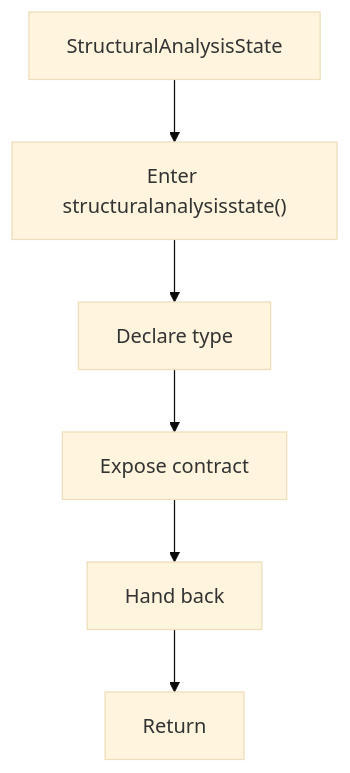
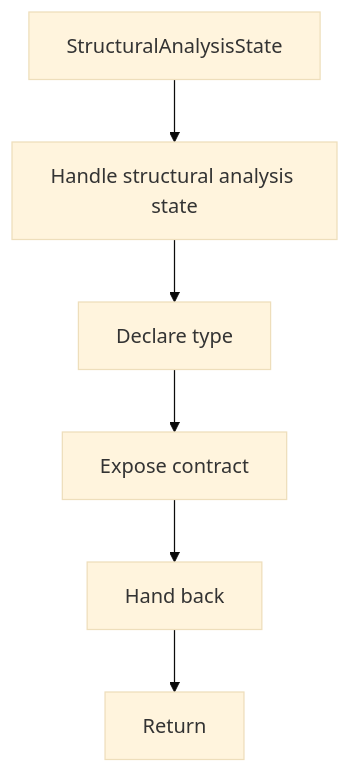
Before and after one commit to JohnAndrewBalbarosa/NeoTerritory: the fifth of 9 diagrams in docs/Codebase/Microservice/Modules/Header/SyntacticBrokenAST/Analysis/Lexical/lexical_structure_hooks.hpp.md, drawn with Mermaid (base theme). The commit also changed other lines of this file and 925 other files, not shown here.

````diff
--- a/docs/Codebase/Microservice/Modules/Header/SyntacticBrokenAST/Analysis/Lexical/lexical_structure_hooks.hpp.md
+++ b/docs/Codebase/Microservice/Modules/Header/SyntacticBrokenAST/Analysis/Lexical/lexical_structure_hooks.hpp.md
@@ -156,14 +155,14 @@
 ```mermaid
 flowchart TD
     Start["StructuralAnalysisState"]
-    N0["Enter structuralanalysisstate()"]
+    N0["Handle structural analysis state"]
     N1["Declare type"]
     N2["Expose contract"]
     N3["Hand back"]
     End["Return"]
     Start --> N0
     N0 --> N1
     N1 --> N2
     N2 --> N3
     N3 --> End
 ```
````
